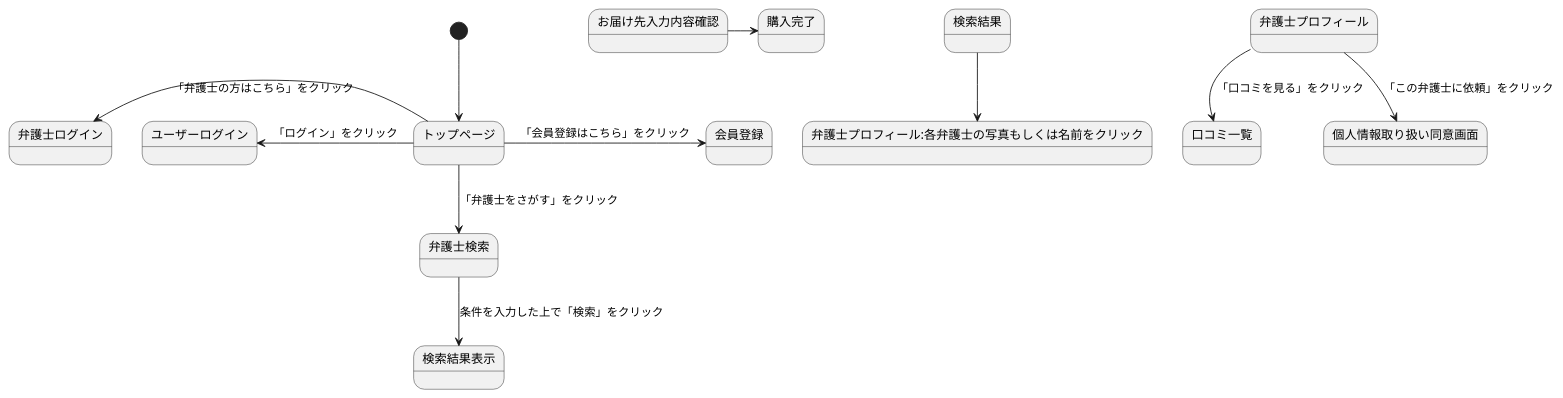
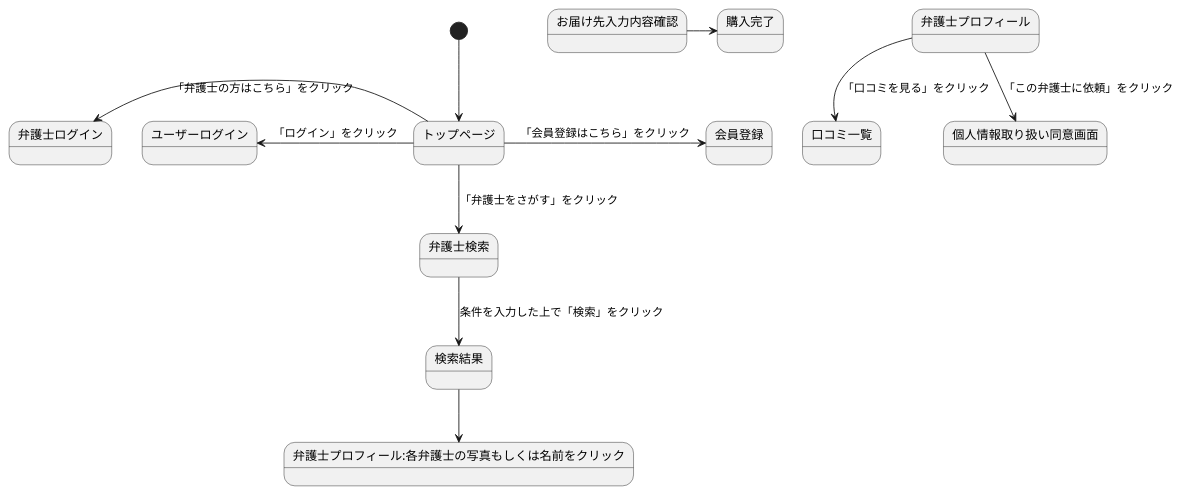
The diagram in 0524kadai.md (Aso2001374/2021sys-design), drawn with PlantUML before and after one commit.

````diff
--- a/0524kadai.md
+++ b/0524kadai.md
@@ -1,14 +1,14 @@
 ```uml
 @startuml
 [*] --> トップページ
 トップページ -> 会員登録:「会員登録はこちら」をクリック
 トップページ -left-> ユーザーログイン:「ログイン」をクリック
 トップページ -left-> 弁護士ログイン:「弁護士の方はこちら」をクリック
 トップページ --> 弁護士検索:「弁護士をさがす」をクリック
-弁護士検索 --> 検索結果表示:条件を入力した上で「検索」をクリック
+弁護士検索 --> 検索結果:条件を入力した上で「検索」をクリック
 検索結果 --> 弁護士プロフィール:各弁護士の写真もしくは名前をクリック
 弁護士プロフィール --> 口コミ一覧:「口コミを見る」をクリック
 弁護士プロフィール --> 個人情報取り扱い同意画面:「この弁護士に依頼」をクリック
 お届け先入力内容確認 -> 購入完了
 @enduml
 ```
````
